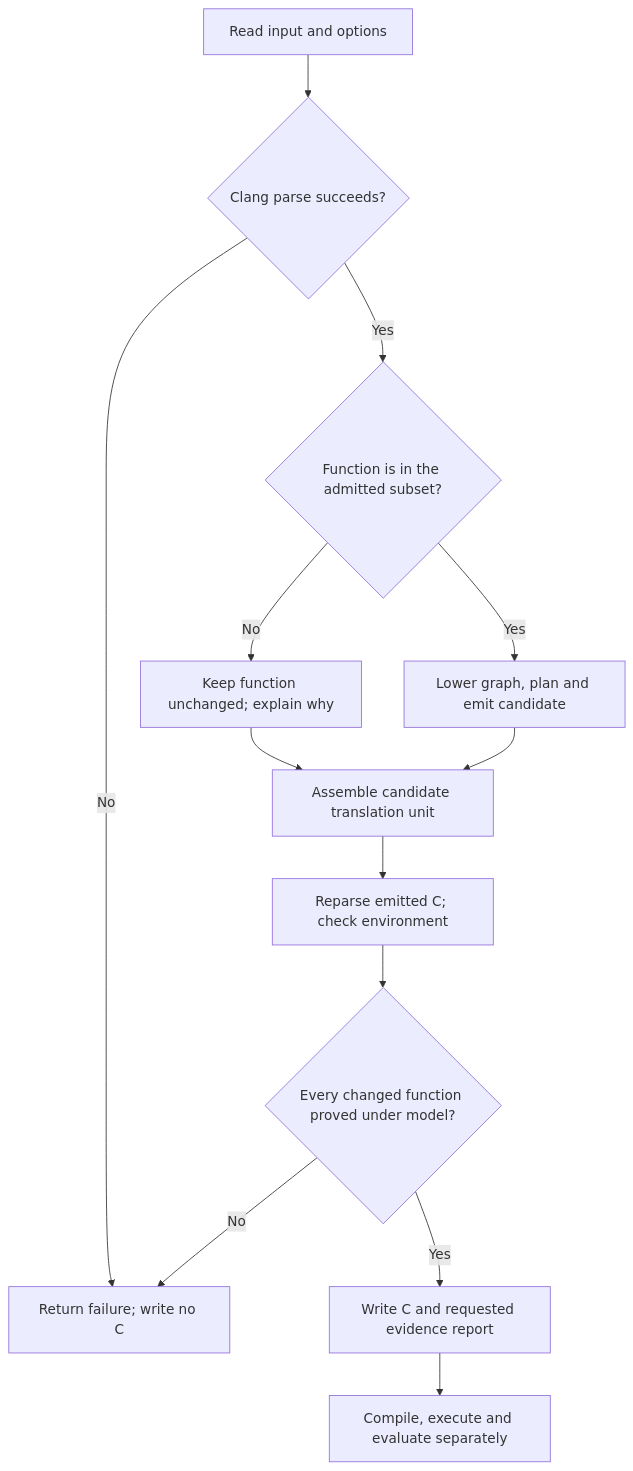
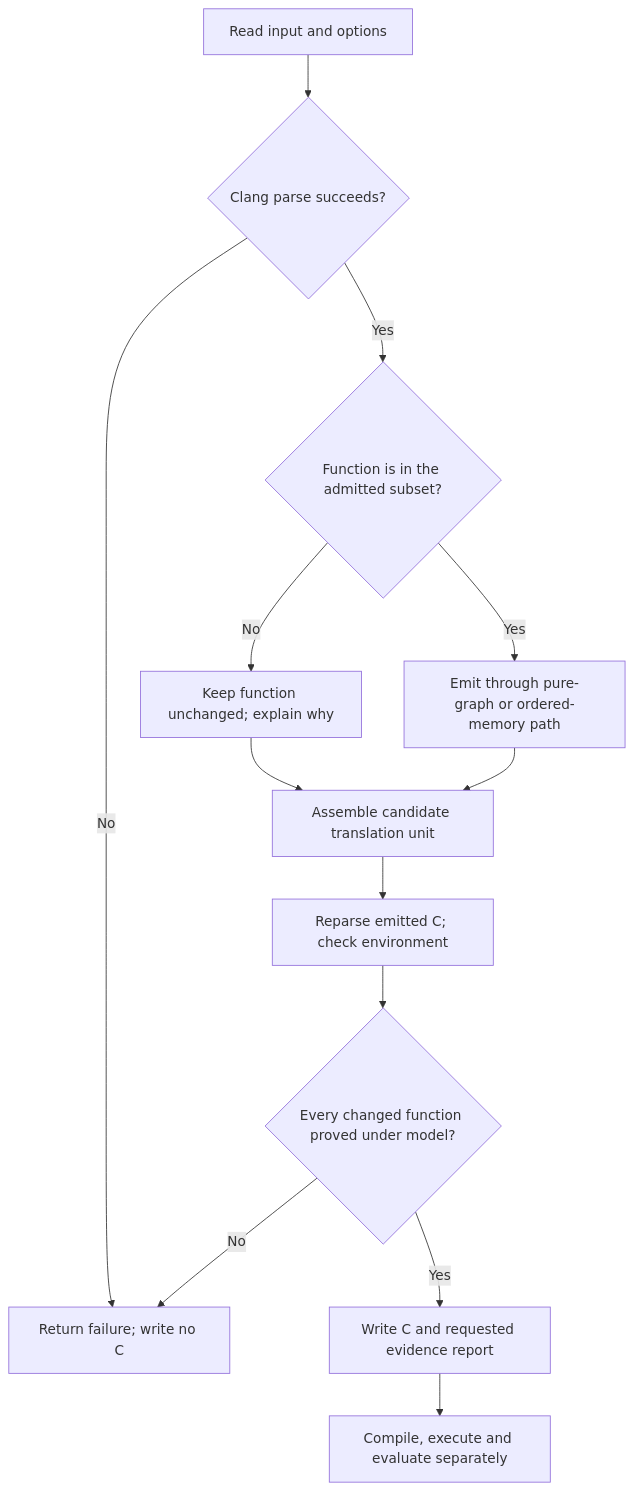
Before and after one commit to DeadKennedyx/C-SRD: the second of 2 diagrams in README.md, drawn with Mermaid. The commit also changed other lines of this file and 41 other files, not shown here.

````diff
--- a/README.md
+++ b/README.md
@@ -227,15 +240,15 @@
 ```mermaid
 flowchart TD
     A["Read input and options"] --> B{"Clang parse succeeds?"}
     B -->|No| X["Return failure; write no C"]
     B -->|Yes| C{"Function is in the admitted subset?"}
     C -->|No| D["Keep function unchanged; explain why"]
-    C -->|Yes| E["Lower graph, plan and emit candidate"]
+    C -->|Yes| E["Emit through pure-graph or ordered-memory path"]
     D --> F["Assemble candidate translation unit"]
     E --> F
     F --> G["Reparse emitted C; check environment"]
     G --> H{"Every changed function proved under model?"}
     H -->|No| X
     H -->|Yes| I["Write C and requested evidence report"]
     I --> J["Compile, execute and evaluate separately"]
 ```
````
